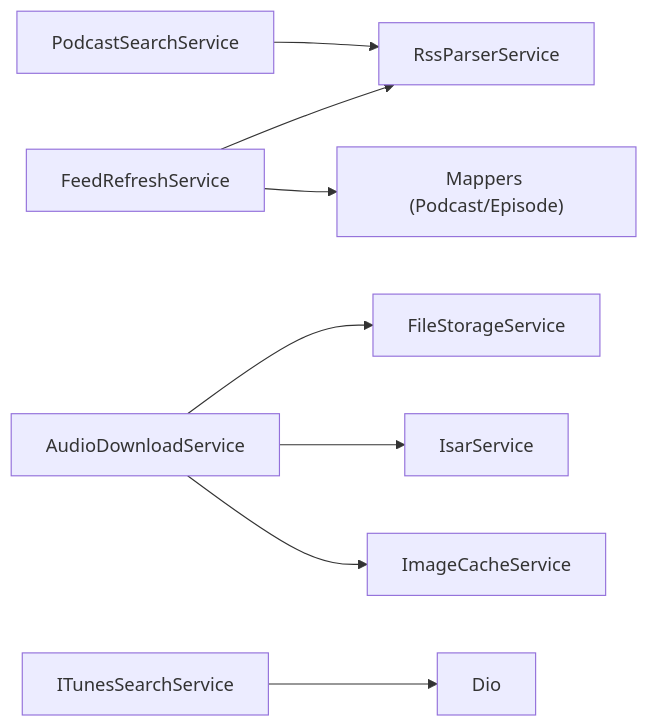
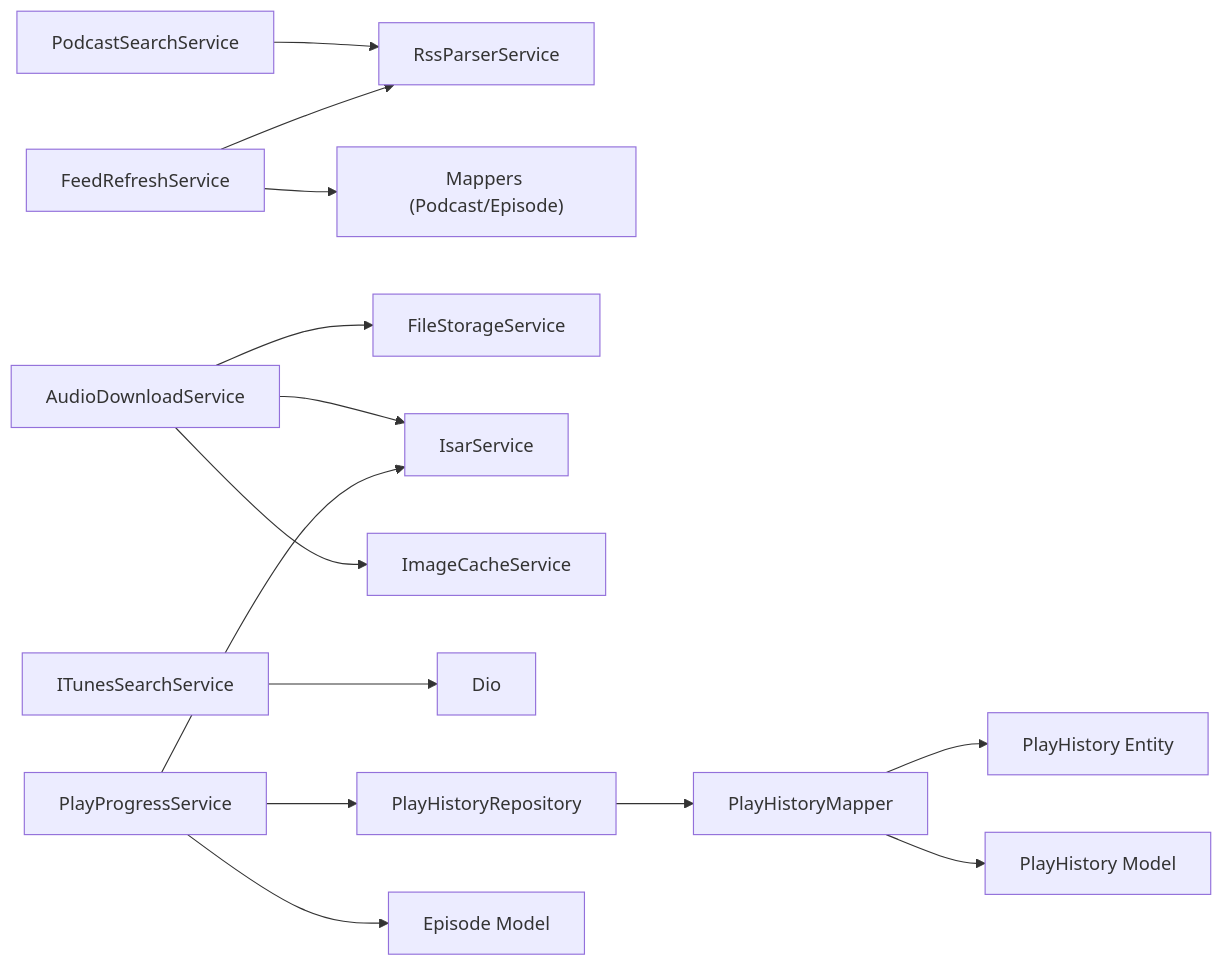
One commit to ZTfer/Tinycast changed the tenth of 10 diagrams in .qoder/repowiki/zh/content/API 参考/数据服务 API.md. Above: the diagram before and after it, drawn with Mermaid. The commit also changed other lines of this file and 187 other files, not shown here.

````diff
--- a/.qoder/repowiki/zh/content/API 参考/数据服务 API.md
+++ b/.qoder/repowiki/zh/content/API 参考/数据服务 API.md
@@ -472,10 +639,16 @@
 ```mermaid
 graph LR
 PSS["PodcastSearchService"] --> RPS["RssParserService"]
 FRS["FeedRefreshService"] --> RPS
 FRS --> Mappers["Mappers (Podcast/Episode)"]
 ADS["AudioDownloadService"] --> FS["FileStorageService"]
 ADS --> ISAR["IsarService"]
 ADS --> IMG["ImageCacheService"]
 ITS["ITunesSearchService"] --> DIO["Dio"]
+PHM["PlayHistoryMapper"] --> ENTITY["PlayHistory Entity"]
+PHM --> MODEL["PlayHistory Model"]
+PPS["PlayProgressService"] --> REPO["PlayHistoryRepository"]
+PPS --> ISAR
+PPS --> EPISODE["Episode Model"]
+REPO --> PHM
 ```
````
